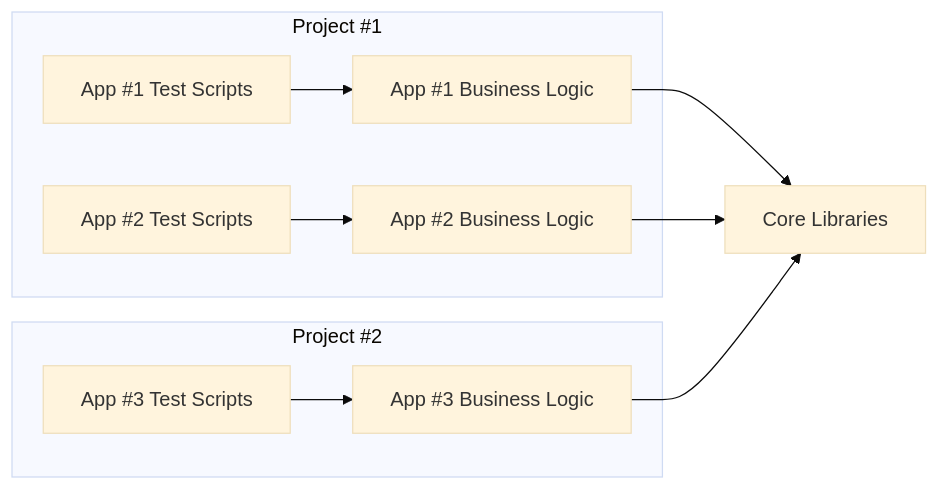
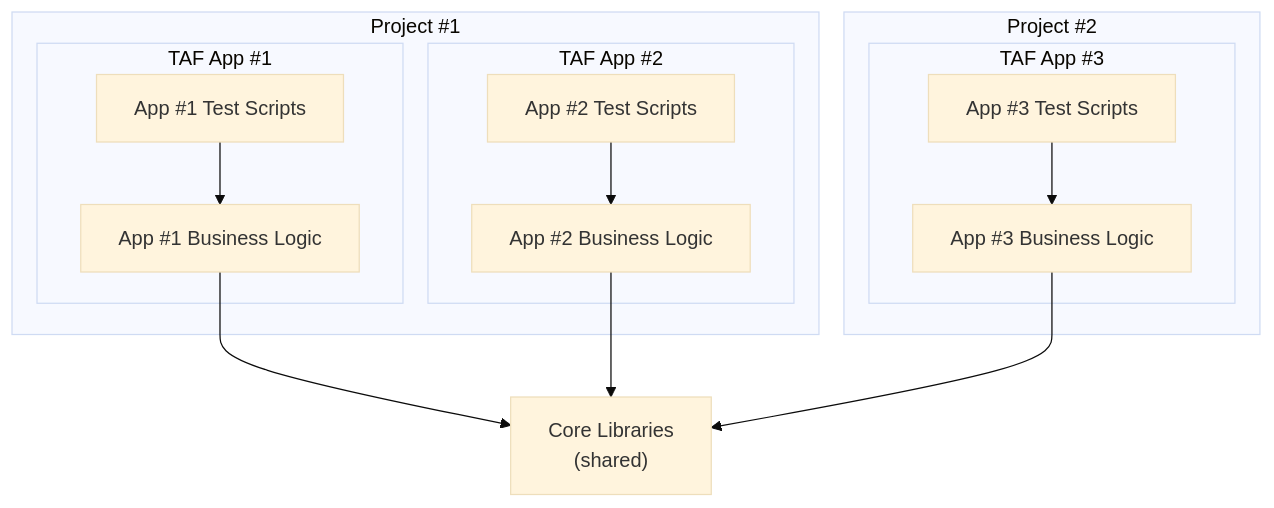
The third of 3 diagrams in ISTQB/CTAL-TAE/Chap3/Chap3 - Mooc.md (Nilcouv/Testing), drawn with Mermaid (base theme) before and after one commit. The commit also changed other lines of this file, not shown here.

````diff
--- a/ISTQB/CTAL-TAE/Chap3/Chap3 - Mooc.md
+++ b/ISTQB/CTAL-TAE/Chap3/Chap3 - Mooc.md
@@ -318,17 +320,23 @@
 ```mermaid
-flowchart LR
-
+flowchart TB
     subgraph P1["Project #1"]
-        A1["App #1 Test Scripts"] --> B1["App #1 Business Logic"]
-        A2["App #2 Test Scripts"] --> B2["App #2 Business Logic"]
+        subgraph TAF1["TAF App #1"]
+            A1["App #1 Test Scripts"] --> B1["App #1 Business Logic"]
+        end
+        subgraph TAF2["TAF App #2"]
+            A2["App #2 Test Scripts"] --> B2["App #2 Business Logic"]
+        end
     end
 
+    C["Core Libraries<br/>(shared)"]
+
     subgraph P2["Project #2"]
-        A3["App #3 Test Scripts"] --> B3["App #3 Business Logic"]
+        subgraph TAF3["TAF App #3"]
+            A3["App #3 Test Scripts"] --> B3["App #3 Business Logic"]
+        end
     end
 
-    C["Core Libraries"]
     B1 --> C
     B2 --> C
     B3 --> C
 ```
````
